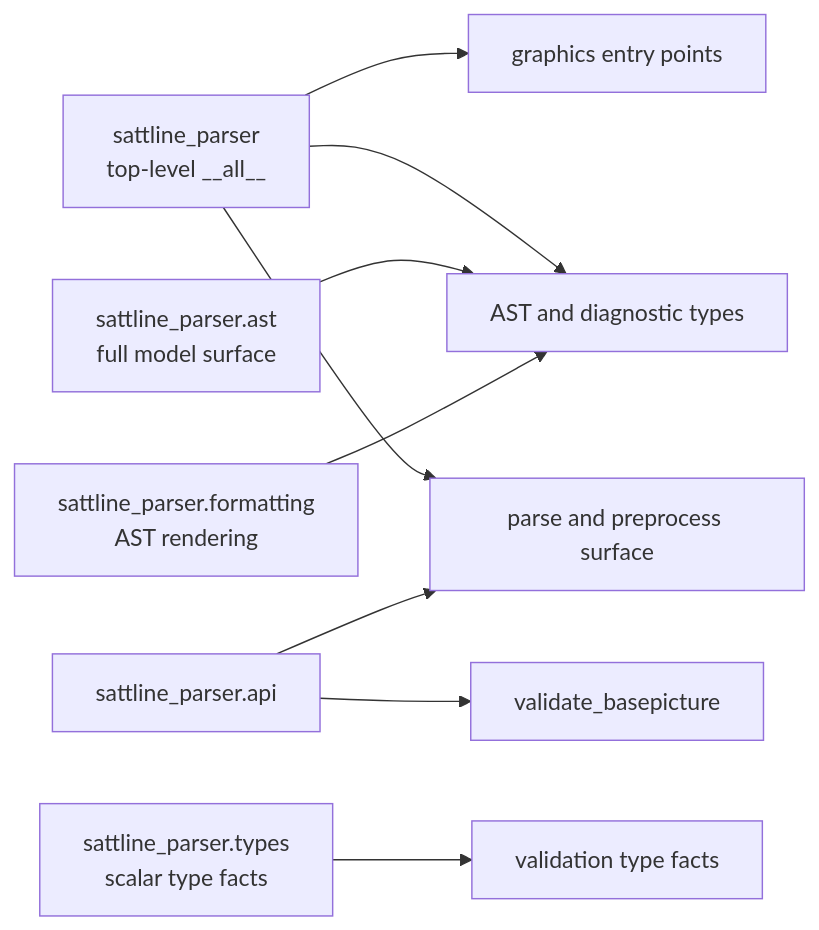
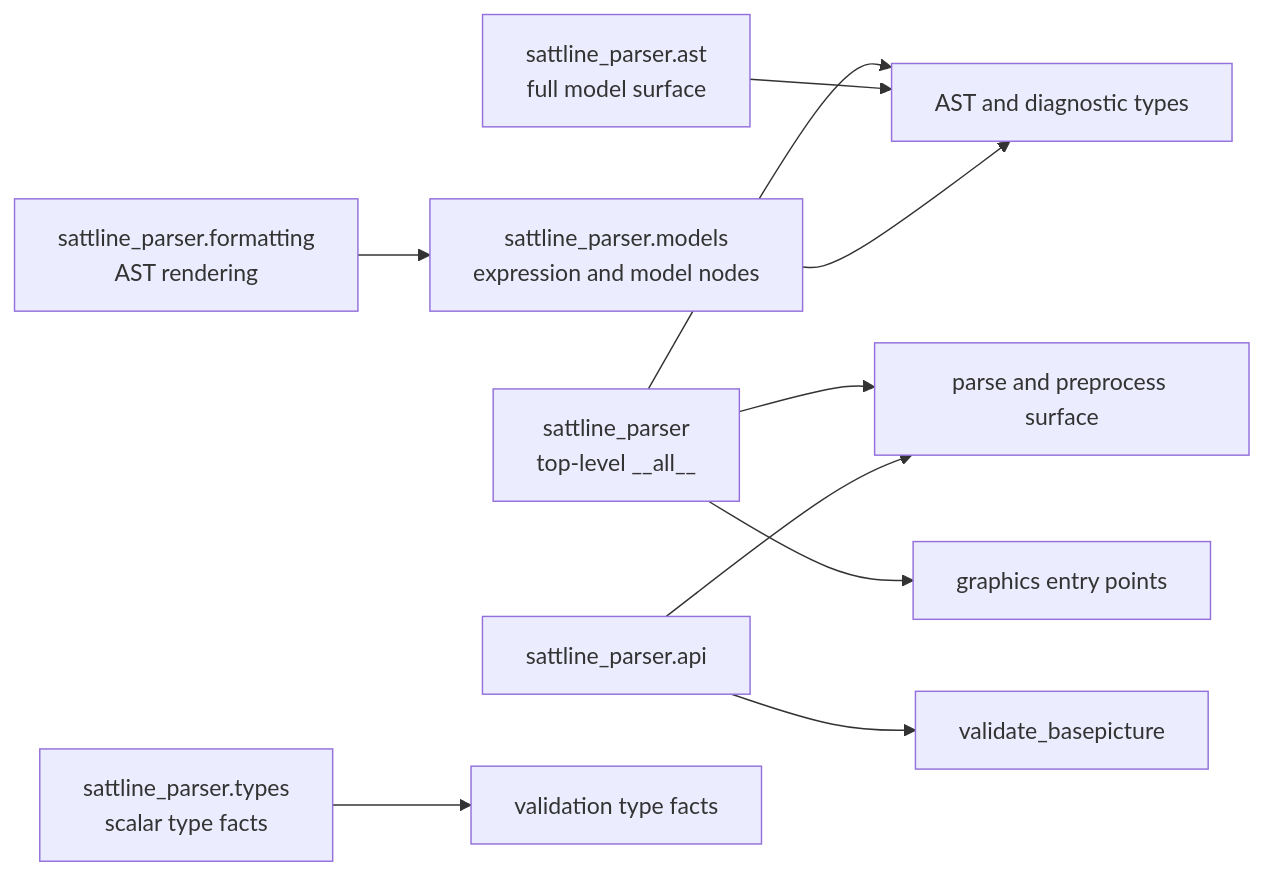
One commit to SorenHJohansen/sattline-parser changed the diagram in docs/api.md. Above: the diagram before and after it, drawn with Mermaid. The commit also changed other lines of this file and 157 other files, not shown here.

````diff
--- a/docs/api.md
+++ b/docs/api.md
@@ -14,11 +14,12 @@
 ```mermaid
 flowchart LR
     TOP["sattline_parser<br/>top-level __all__"] --> CORE["parse and preprocess surface"]
     TOP --> ASTTYPES["AST and diagnostic types"]
     TOP --> GRAPH["graphics entry points"]
     AST["sattline_parser.ast<br/>full model surface"] --> ASTTYPES
+    MODELS["sattline_parser.models<br/>expression and model nodes"] --> ASTTYPES
     FAÇADE["sattline_parser.api"] --> CORE
     FAÇADE --> VALID["validate_basepicture"]
     FACTS["sattline_parser.types<br/>scalar type facts"] --> VALIDATION["validation type facts"]
-    FORMAT["sattline_parser.formatting<br/>AST rendering"] --> ASTTYPES
+    FORMAT["sattline_parser.formatting<br/>AST rendering"] --> MODELS
 ```
````
